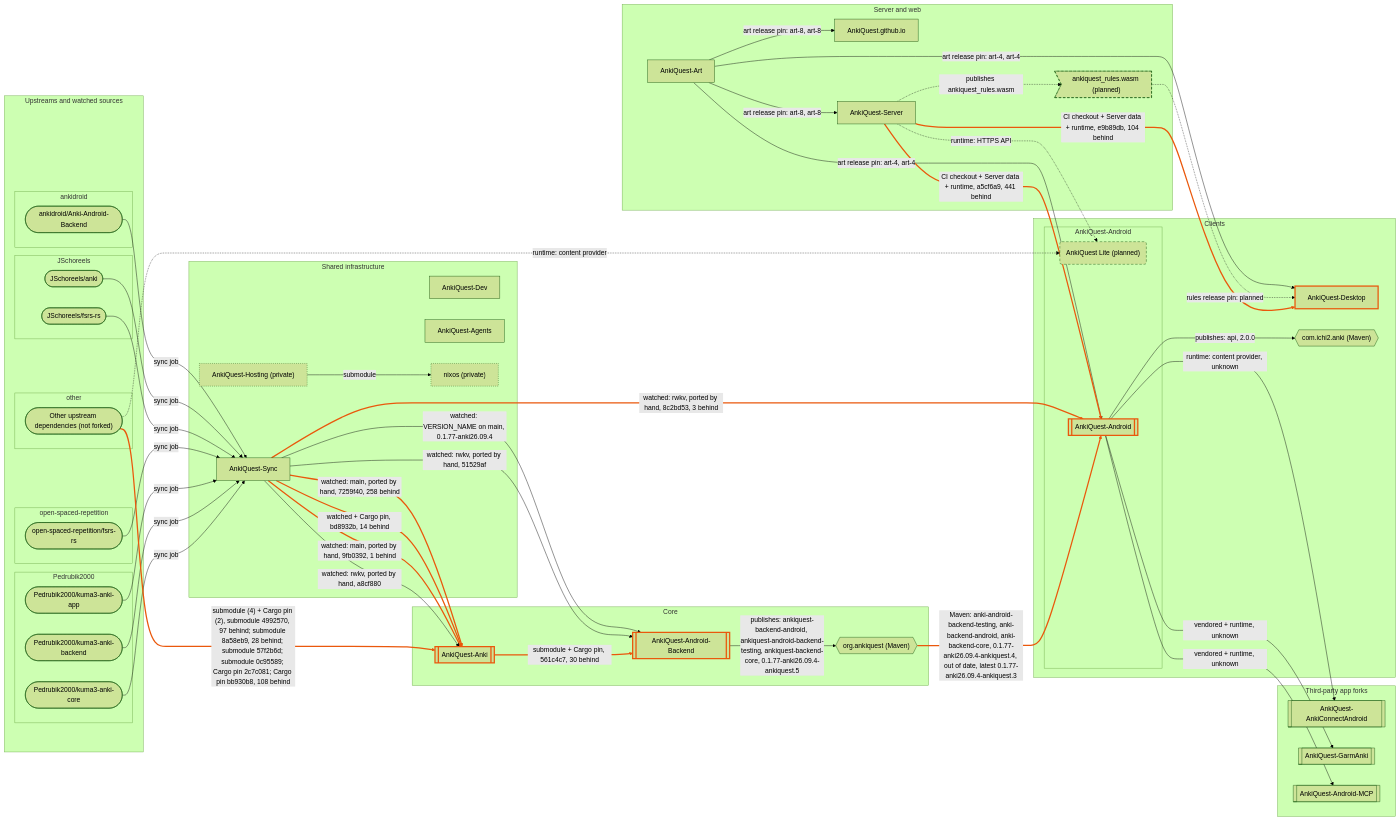
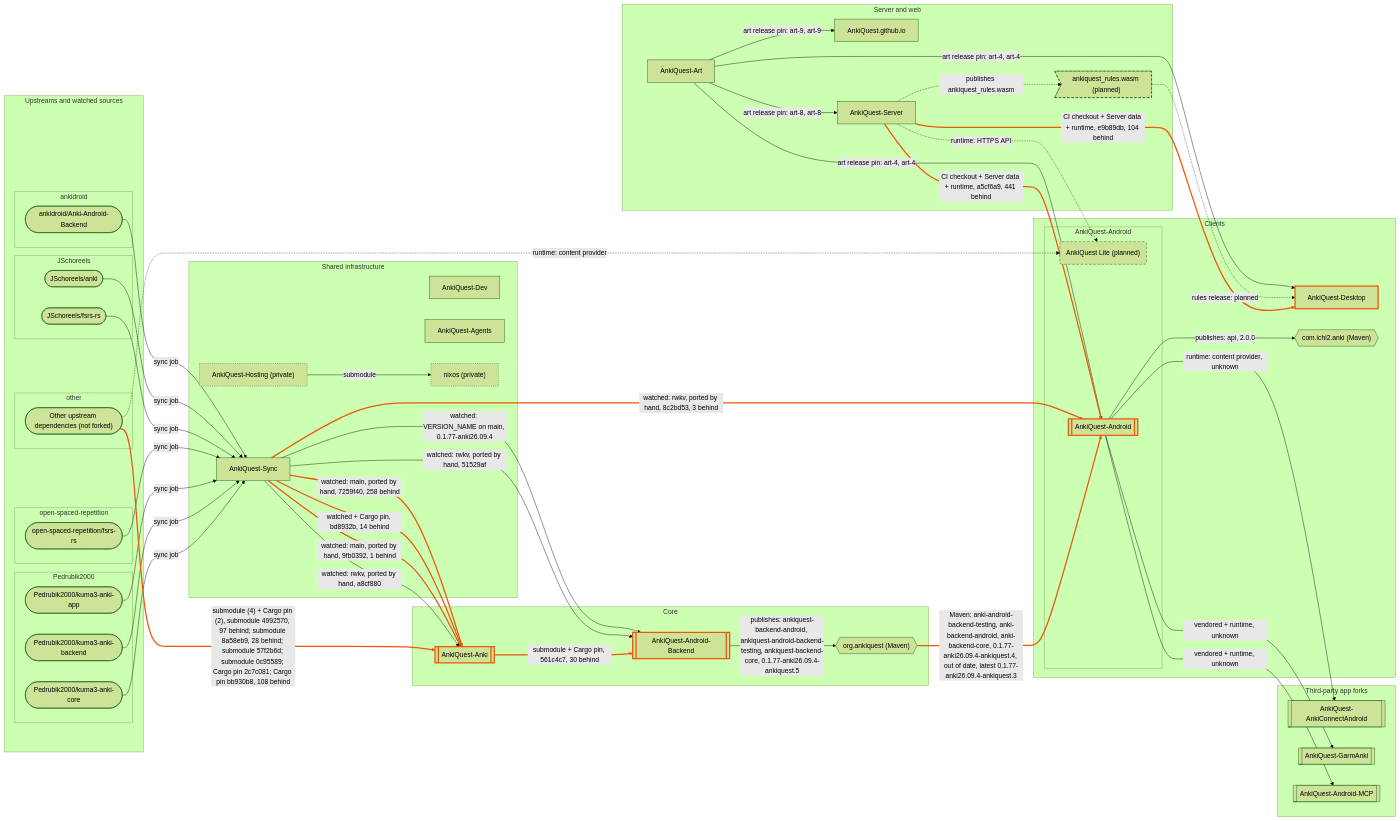
One commit to AnkiQuest/AnkiQuest.github.io changed the diagram in wiring.mmd. Above: the diagram before and after it, drawn with Mermaid (forest theme). The commit also changed 3 other files, not shown here.

```diff
--- a/wiring.mmd
+++ b/wiring.mmd
@@ -1,7 +1,7 @@
 %% AnkiQuest wiring: how every AnkiQuest repository, upstream and package feeds the others.
 %% Generated from wiring.json (written by src/wiring.ts) by src/wiring-mermaid.ts in
 %% AnkiQuest/AnkiQuest.github.io; regenerated daily. Do not edit.
-%% Data of 2026-11-25 (wiring.json generated 2026-11-25T10:15:58.529Z).
+%% Data of 2026-11-25 (wiring.json generated 2026-11-25T11:12:21.501Z).
 %% Interactive page: https://ankiquest.github.io/wiring.html
 %% Arrows point the way code or data flows; one edge per pair of nodes, naming every kind of
 %% link between them ("watched + Cargo pin"), then the pinned commit or version and N behind,
@@ -81,8 +81,8 @@
   AnkiQuest_Art -->|"art release pin: art-4, art-4"| AnkiQuest_Android
   AnkiQuest_Art -->|"art release pin: art-4, art-4"| AnkiQuest_Desktop
   AnkiQuest_Art -->|"art release pin: art-8, art-8"| AnkiQuest_Server
-  AnkiQuest_Art -->|"art release pin: art-8, art-8"| AnkiQuest_github_io
-  release_ankiquest_rules -.->|"rules release pin: planned"| AnkiQuest_Desktop
+  AnkiQuest_Art -->|"art release pin: art-9, art-9"| AnkiQuest_github_io
+  release_ankiquest_rules -.->|"rules release: planned"| AnkiQuest_Desktop
   maven_org_ankiquest -->|"Maven: anki-android-backend-testing, anki-backend-android, anki-backend-core, 0.1.77-anki26.09.4-ankiquest.4, out of date, latest 0.1.77-anki26.09.4-ankiquest.3"| AnkiQuest_Android
   AnkiQuest_Android -->|"publishes: api, 2.0.0"| maven_com_ichi2_anki
   AnkiQuest_Android_Backend -->|"publishes: ankiquest-backend-android, ankiquest-android-backend-testing, ankiquest-backend-core, 0.1.77-anki26.09.4-ankiquest.5"| maven_org_ankiquest
@@ -104,47 +104,47 @@
 
 %% Not drawn, as on the page: edges only of kinds that fan out from one repository to most others.
 %%   kind | from -> to | what | pin (status)
-%%   flake | AnkiQuest/AnkiQuest-Dev -> AnkiQuest/AnkiQuest-Agents | ankiquest-dev | 16ac791, 56 behind
+%%   flake | AnkiQuest/AnkiQuest-Dev -> AnkiQuest/AnkiQuest-Agents | ankiquest-dev | 16ac791, 58 behind
 %%   workflow | AnkiQuest/AnkiQuest-Dev -> AnkiQuest/AnkiQuest-Agents | workflows/nix-check.yml@master | master
-%%   flake | AnkiQuest/AnkiQuest-Dev -> AnkiQuest/AnkiQuest-Android | ankiquest-dev | dc3b0eb, 69 behind
-%%   workflow | AnkiQuest/AnkiQuest-Dev -> AnkiQuest/AnkiQuest-Android | actions/code-changed@5ab685e7013b865630f96530ca8c654344738fa8 | 5ab685e, 11 behind
+%%   flake | AnkiQuest/AnkiQuest-Dev -> AnkiQuest/AnkiQuest-Android | ankiquest-dev | dc3b0eb, 71 behind
+%%   workflow | AnkiQuest/AnkiQuest-Dev -> AnkiQuest/AnkiQuest-Android | actions/code-changed@5ab685e7013b865630f96530ca8c654344738fa8 | 5ab685e, 13 behind
 %%   workflow | AnkiQuest/AnkiQuest-Dev -> AnkiQuest/AnkiQuest-Android | actions/conflict-scan@master | master
 %%   workflow | AnkiQuest/AnkiQuest-Dev -> AnkiQuest/AnkiQuest-Android | workflows/banner.yml@master | master
 %%   workflow | AnkiQuest/AnkiQuest-Dev -> AnkiQuest/AnkiQuest-Android | workflows/issue-labels.yml@master | master
 %%   workflow | AnkiQuest/AnkiQuest-Dev -> AnkiQuest/AnkiQuest-Android | workflows/labels.yml@master | master
 %%   workflow | AnkiQuest/AnkiQuest-Dev -> AnkiQuest/AnkiQuest-Android | workflows/nix-check.yml@master | master
 %%   workflow | AnkiQuest/AnkiQuest-Dev -> AnkiQuest/AnkiQuest-Android | workflows/pr-labels.yml@master | master
-%%   flake | AnkiQuest/AnkiQuest-Dev -> AnkiQuest/AnkiQuest-Android-Backend | ankiquest-dev | 16ac791, 56 behind
-%%   flake | AnkiQuest/AnkiQuest-Dev -> AnkiQuest/AnkiQuest-Android-MCP | ankiquest-dev | dc3b0eb, 69 behind
-%%   workflow | AnkiQuest/AnkiQuest-Dev -> AnkiQuest/AnkiQuest-Android-MCP | actions/code-changed@5ab685e7013b865630f96530ca8c654344738fa8 | 5ab685e, 11 behind
+%%   flake | AnkiQuest/AnkiQuest-Dev -> AnkiQuest/AnkiQuest-Android-Backend | ankiquest-dev | 16ac791, 58 behind
+%%   flake | AnkiQuest/AnkiQuest-Dev -> AnkiQuest/AnkiQuest-Android-MCP | ankiquest-dev | dc3b0eb, 71 behind
+%%   workflow | AnkiQuest/AnkiQuest-Dev -> AnkiQuest/AnkiQuest-Android-MCP | actions/code-changed@5ab685e7013b865630f96530ca8c654344738fa8 | 5ab685e, 13 behind
 %%   workflow | AnkiQuest/AnkiQuest-Dev -> AnkiQuest/AnkiQuest-Android-MCP | workflows/android-ci.yml@master | master
 %%   workflow | AnkiQuest/AnkiQuest-Dev -> AnkiQuest/AnkiQuest-Android-MCP | workflows/android-release.yml@master | master
-%%   flake | AnkiQuest/AnkiQuest-Dev -> AnkiQuest/AnkiQuest-Anki | ankiquest-dev | 16ac791, 56 behind
-%%   flake | AnkiQuest/AnkiQuest-Dev -> AnkiQuest/AnkiQuest-AnkiConnectAndroid | ankiquest-dev | dc3b0eb, 69 behind
-%%   workflow | AnkiQuest/AnkiQuest-Dev -> AnkiQuest/AnkiQuest-AnkiConnectAndroid | actions/code-changed@5ab685e7013b865630f96530ca8c654344738fa8 | 5ab685e, 11 behind
+%%   flake | AnkiQuest/AnkiQuest-Dev -> AnkiQuest/AnkiQuest-Anki | ankiquest-dev | 16ac791, 58 behind
+%%   flake | AnkiQuest/AnkiQuest-Dev -> AnkiQuest/AnkiQuest-AnkiConnectAndroid | ankiquest-dev | dc3b0eb, 71 behind
+%%   workflow | AnkiQuest/AnkiQuest-Dev -> AnkiQuest/AnkiQuest-AnkiConnectAndroid | actions/code-changed@5ab685e7013b865630f96530ca8c654344738fa8 | 5ab685e, 13 behind
 %%   workflow | AnkiQuest/AnkiQuest-Dev -> AnkiQuest/AnkiQuest-AnkiConnectAndroid | workflows/android-ci.yml@master | master
 %%   workflow | AnkiQuest/AnkiQuest-Dev -> AnkiQuest/AnkiQuest-AnkiConnectAndroid | workflows/android-release.yml@master | master
-%%   flake | AnkiQuest/AnkiQuest-Dev -> AnkiQuest/AnkiQuest-GarmAnki | ankiquest-dev | dc3b0eb, 69 behind
-%%   workflow | AnkiQuest/AnkiQuest-Dev -> AnkiQuest/AnkiQuest-GarmAnki | actions/code-changed@5ab685e7013b865630f96530ca8c654344738fa8 | 5ab685e, 11 behind
+%%   flake | AnkiQuest/AnkiQuest-Dev -> AnkiQuest/AnkiQuest-GarmAnki | ankiquest-dev | dc3b0eb, 71 behind
+%%   workflow | AnkiQuest/AnkiQuest-Dev -> AnkiQuest/AnkiQuest-GarmAnki | actions/code-changed@5ab685e7013b865630f96530ca8c654344738fa8 | 5ab685e, 13 behind
 %%   workflow | AnkiQuest/AnkiQuest-Dev -> AnkiQuest/AnkiQuest-GarmAnki | workflows/android-ci.yml@master | master
 %%   workflow | AnkiQuest/AnkiQuest-Dev -> AnkiQuest/AnkiQuest-GarmAnki | workflows/android-release.yml@master | master
-%%   flake | AnkiQuest/AnkiQuest-Dev -> AnkiQuest/AnkiQuest-Server | ankiquest-dev | dc3b0eb, 69 behind
-%%   workflow | AnkiQuest/AnkiQuest-Dev -> AnkiQuest/AnkiQuest-Server | actions/code-changed@5ab685e7013b865630f96530ca8c654344738fa8 | 5ab685e, 11 behind
+%%   flake | AnkiQuest/AnkiQuest-Dev -> AnkiQuest/AnkiQuest-Server | ankiquest-dev | dc3b0eb, 71 behind
+%%   workflow | AnkiQuest/AnkiQuest-Dev -> AnkiQuest/AnkiQuest-Server | actions/code-changed@5ab685e7013b865630f96530ca8c654344738fa8 | 5ab685e, 13 behind
 %%   workflow | AnkiQuest/AnkiQuest-Dev -> AnkiQuest/AnkiQuest-Server | actions/conflict-scan@master | master
 %%   workflow | AnkiQuest/AnkiQuest-Dev -> AnkiQuest/AnkiQuest-Server | workflows/banner.yml@master | master
 %%   workflow | AnkiQuest/AnkiQuest-Dev -> AnkiQuest/AnkiQuest-Server | workflows/issue-labels.yml@master | master
 %%   workflow | AnkiQuest/AnkiQuest-Dev -> AnkiQuest/AnkiQuest-Server | workflows/labels.yml@master | master
 %%   workflow | AnkiQuest/AnkiQuest-Dev -> AnkiQuest/AnkiQuest-Server | workflows/nix-check.yml@master | master
 %%   workflow | AnkiQuest/AnkiQuest-Dev -> AnkiQuest/AnkiQuest-Server | workflows/pr-labels.yml@master | master
-%%   flake | AnkiQuest/AnkiQuest-Dev -> AnkiQuest/AnkiQuest-Sync | ankiquest-dev | 16ac791, 56 behind
-%%   workflow | AnkiQuest/AnkiQuest-Dev -> AnkiQuest/AnkiQuest-Sync | actions/code-changed@5ab685e7013b865630f96530ca8c654344738fa8 | 5ab685e, 11 behind
+%%   flake | AnkiQuest/AnkiQuest-Dev -> AnkiQuest/AnkiQuest-Sync | ankiquest-dev | 16ac791, 58 behind
+%%   workflow | AnkiQuest/AnkiQuest-Dev -> AnkiQuest/AnkiQuest-Sync | actions/code-changed@5ab685e7013b865630f96530ca8c654344738fa8 | 5ab685e, 13 behind
 %%   workflow | AnkiQuest/AnkiQuest-Dev -> AnkiQuest/AnkiQuest-Sync | workflows/nix-check.yml@master | master
-%%   flake | AnkiQuest/AnkiQuest-Dev -> AnkiQuest/AnkiQuest.github.io | ankiquest-dev | c80cdd8, 35 behind
+%%   flake | AnkiQuest/AnkiQuest-Dev -> AnkiQuest/AnkiQuest.github.io | ankiquest-dev | cd577a0, 12 behind
 %%   flake | AnkiQuest/AnkiQuest-Dev -> float3/nixos | flake input | -
 %%   flake | AnkiQuest/AnkiQuest-Server -> float3/nixos | flake input | -
 %%   vendored | other-upstream-dependencies -> AnkiQuest/AnkiQuest-AnkiConnectAndroid | provider contract copied as FlashCardsContract.java | -
-%%   workflow | AnkiQuest/AnkiQuest-Dev -> AnkiQuest/AnkiQuest-Art | actions/code-changed@5ab685e7013b865630f96530ca8c654344738fa8 | 5ab685e, 11 behind
-%%   workflow | AnkiQuest/AnkiQuest-Dev -> AnkiQuest/AnkiQuest-Desktop | actions/code-changed@5ab685e7013b865630f96530ca8c654344738fa8 | 5ab685e, 11 behind
+%%   workflow | AnkiQuest/AnkiQuest-Dev -> AnkiQuest/AnkiQuest-Art | actions/code-changed@5ab685e7013b865630f96530ca8c654344738fa8 | 5ab685e, 13 behind
+%%   workflow | AnkiQuest/AnkiQuest-Dev -> AnkiQuest/AnkiQuest-Desktop | actions/code-changed@5ab685e7013b865630f96530ca8c654344738fa8 | 5ab685e, 13 behind
 %%   workflow | AnkiQuest/AnkiQuest-Dev -> AnkiQuest/AnkiQuest-Desktop | actions/conflict-scan@master | master
 %%   workflow | AnkiQuest/AnkiQuest-Dev -> AnkiQuest/AnkiQuest-Desktop | workflows/banner.yml@master | master
 %%   workflow | AnkiQuest/AnkiQuest-Dev -> AnkiQuest/AnkiQuest-Desktop | workflows/issue-labels.yml@master | master
@@ -152,19 +152,19 @@
 %%   workflow | AnkiQuest/AnkiQuest-Dev -> AnkiQuest/AnkiQuest-Desktop | workflows/pr-labels.yml@master | master
 %%   workflow | AnkiQuest/AnkiQuest-Dev -> AnkiQuest/AnkiQuest-Hosting | reusable workflow | -
 %%   checkout | AnkiQuest/AnkiQuest-Agents -> AnkiQuest/AnkiQuest-Sync | checked out by agents.yml, sync.yml | -
-%%   agents | AnkiQuest/AnkiQuest-Agents -> AnkiQuest/AnkiQuest-Sync | AGENTS.md | differs, out of date
+%%   agents | AnkiQuest/AnkiQuest-Agents -> AnkiQuest/AnkiQuest-Sync | AGENTS.md | matches
 %%   checkout | AnkiQuest/AnkiQuest-Server -> AnkiQuest/AnkiQuest-Dev | checked out by banner.yml | -
 %%   checkout | AnkiQuest/AnkiQuest-Server -> AnkiQuest/AnkiQuest.github.io | checked out by pages.yml | -
-%%   agents | AnkiQuest/AnkiQuest-Agents -> AnkiQuest/AnkiQuest-Agents | AGENTS.md | differs, out of date
+%%   agents | AnkiQuest/AnkiQuest-Agents -> AnkiQuest/AnkiQuest-Agents | AGENTS.md | matches
 %%   agents | AnkiQuest/AnkiQuest-Agents -> AnkiQuest/AnkiQuest-Android | AGENTS.md | differs, out of date
 %%   agents | AnkiQuest/AnkiQuest-Agents -> AnkiQuest/AnkiQuest-Android-Backend | AGENTS.md | differs, out of date
 %%   agents | AnkiQuest/AnkiQuest-Agents -> AnkiQuest/AnkiQuest-Android-MCP | AGENTS.md | differs, out of date
 %%   agents | AnkiQuest/AnkiQuest-Agents -> AnkiQuest/AnkiQuest-Anki | AGENTS.md | differs, out of date
 %%   agents | AnkiQuest/AnkiQuest-Agents -> AnkiQuest/AnkiQuest-AnkiConnectAndroid | AGENTS.md | differs, out of date
-%%   agents | AnkiQuest/AnkiQuest-Agents -> AnkiQuest/AnkiQuest-Art | AGENTS.md | differs, out of date
+%%   agents | AnkiQuest/AnkiQuest-Agents -> AnkiQuest/AnkiQuest-Art | AGENTS.md | matches
 %%   agents | AnkiQuest/AnkiQuest-Agents -> AnkiQuest/AnkiQuest-Desktop | AGENTS.md | differs, out of date
-%%   agents | AnkiQuest/AnkiQuest-Agents -> AnkiQuest/AnkiQuest-Dev | AGENTS.md | differs, out of date
+%%   agents | AnkiQuest/AnkiQuest-Agents -> AnkiQuest/AnkiQuest-Dev | AGENTS.md | matches
 %%   agents | AnkiQuest/AnkiQuest-Agents -> AnkiQuest/AnkiQuest-GarmAnki | AGENTS.md | differs, out of date
 %%   agents | AnkiQuest/AnkiQuest-Agents -> AnkiQuest/AnkiQuest-Hosting | AGENTS.md | -
 %%   agents | AnkiQuest/AnkiQuest-Agents -> AnkiQuest/AnkiQuest-Server | AGENTS.md | differs, out of date
-%%   agents | AnkiQuest/AnkiQuest-Agents -> AnkiQuest/AnkiQuest.github.io | AGENTS.md | differs, out of date
+%%   agents | AnkiQuest/AnkiQuest-Agents -> AnkiQuest/AnkiQuest.github.io | AGENTS.md | matches
```
